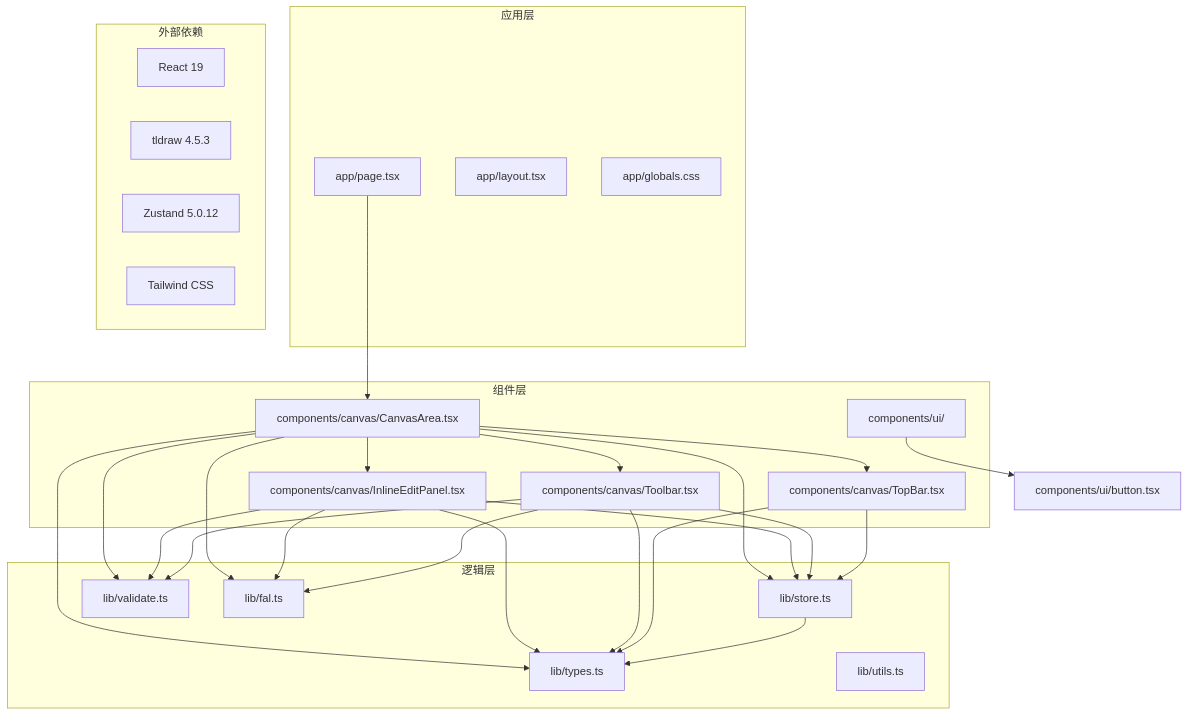
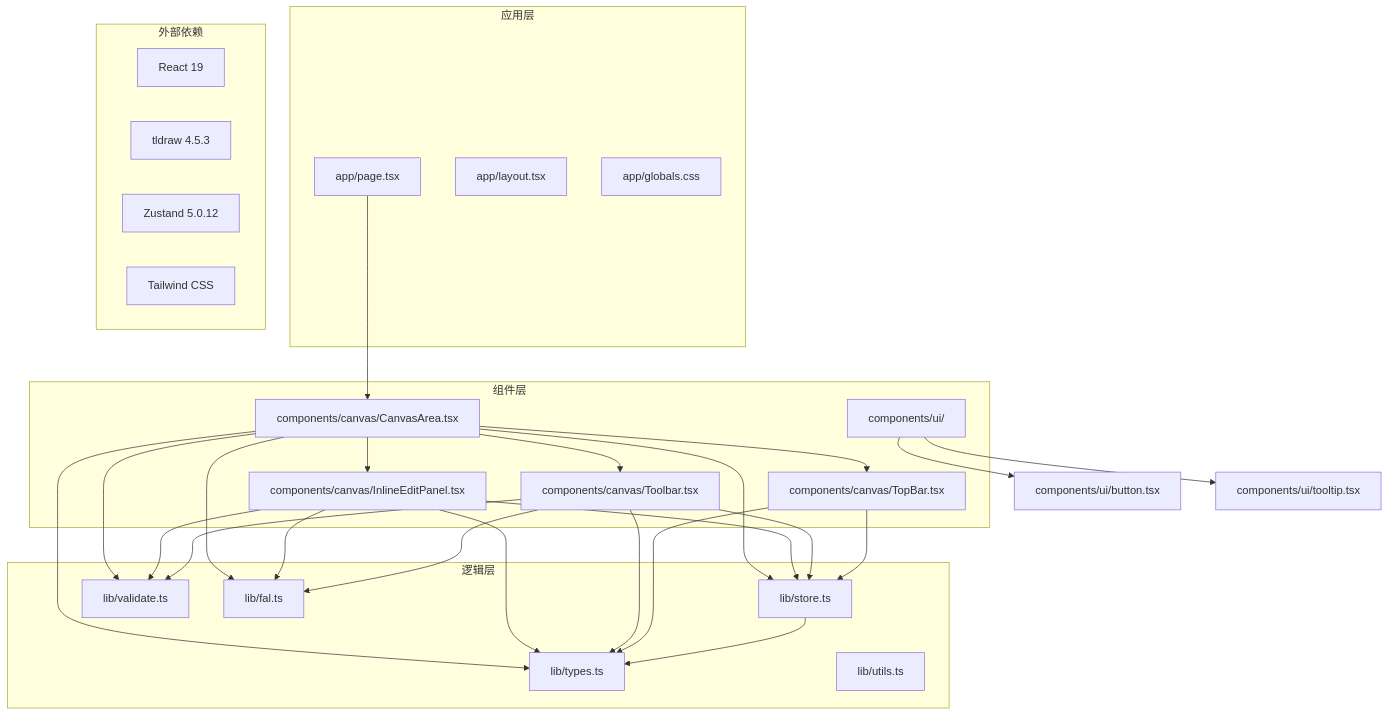
The first of 29 diagrams in .qoder/repowiki/zh/content/核心功能模块/画布交互系统.md (billye220670/BananaFlow2), drawn with Mermaid before and after one commit. The commit also changed other lines of this file and 22 other files, not shown here.

````diff
--- a/.qoder/repowiki/zh/content/核心功能模块/画布交互系统.md
+++ b/.qoder/repowiki/zh/content/核心功能模块/画布交互系统.md
@@ -58,48 +66,49 @@
 ```mermaid
 graph TB
 subgraph "应用层"
 App[app/page.tsx]
 Layout[app/layout.tsx]
 Styles[app/globals.css]
 end
 subgraph "组件层"
 Canvas[components/canvas/CanvasArea.tsx]
 InlineEdit[components/canvas/InlineEditPanel.tsx]
 Toolbar[components/canvas/Toolbar.tsx]
 TopBar[components/canvas/TopBar.tsx]
 UI[components/ui/]
 end
 subgraph "逻辑层"
 Store[lib/store.ts]
 Types[lib/types.ts]
 Utils[lib/utils.ts]
 Validate[lib/validate.ts]
 FAL[lib/fal.ts]
 end
 subgraph "外部依赖"
 React[React 19]
 Tldraw[tldraw 4.5.3]
 Zustand[Zustand 5.0.12]
 Tailwind[Tailwind CSS]
 end
 App --> Canvas
 Canvas --> InlineEdit
 Canvas --> Toolbar
 Canvas --> TopBar
 Canvas --> Store
 Canvas --> Types
 Canvas --> Validate
 Canvas --> FAL
 InlineEdit --> Store
 InlineEdit --> Types
 InlineEdit --> Validate
 InlineEdit --> FAL
 Toolbar --> Store
 Toolbar --> Types
 Toolbar --> Validate
 Toolbar --> FAL
 TopBar --> Store
 TopBar --> Types
 Store --> Types
 UI --> Button[components/ui/button.tsx]
+UI --> Tooltip[components/ui/tooltip.tsx]
 ```
````
